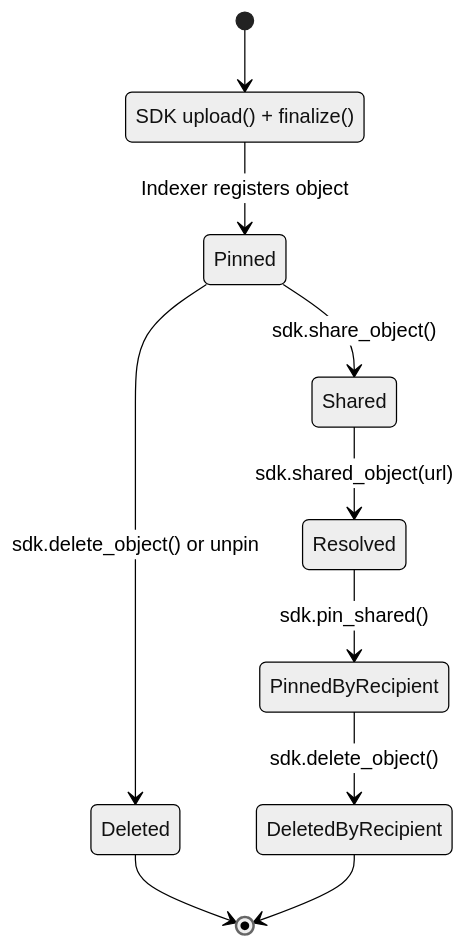
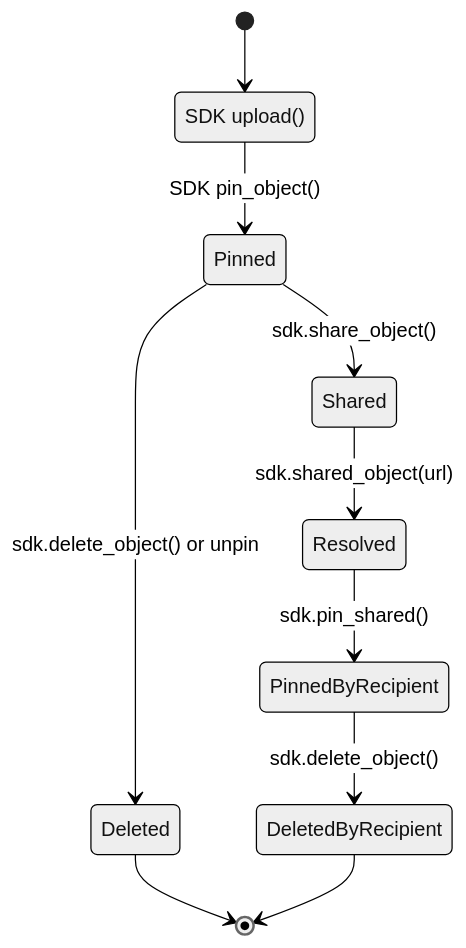
One commit to SiaFoundation/developer-portal changed the diagram in docs/core-concepts/pinning.md. Above: the diagram before and after it, drawn with Mermaid (neutral theme). The commit also changed other lines of this file and 11 other files, not shown here.

````diff
--- a/docs/core-concepts/pinning.md
+++ b/docs/core-concepts/pinning.md
@@ -94,17 +94,17 @@
 ```mermaid
 stateDiagram-v2
     [*] --> Uploaded
 
-    Uploaded: SDK upload() + finalize()
-    Uploaded --> Pinned: Indexer registers object
+    Uploaded: SDK upload()
+    Uploaded --> Pinned: SDK pin_object()
 
     Pinned --> Shared: sdk.share_object()
     Shared --> Resolved: sdk.shared_object(url)
     Resolved --> PinnedByRecipient: sdk.pin_shared()
 
     Pinned --> Deleted: sdk.delete_object() or unpin
     Deleted --> [*]
 
     PinnedByRecipient --> DeletedByRecipient: sdk.delete_object()
     DeletedByRecipient --> [*]
 ```
````
